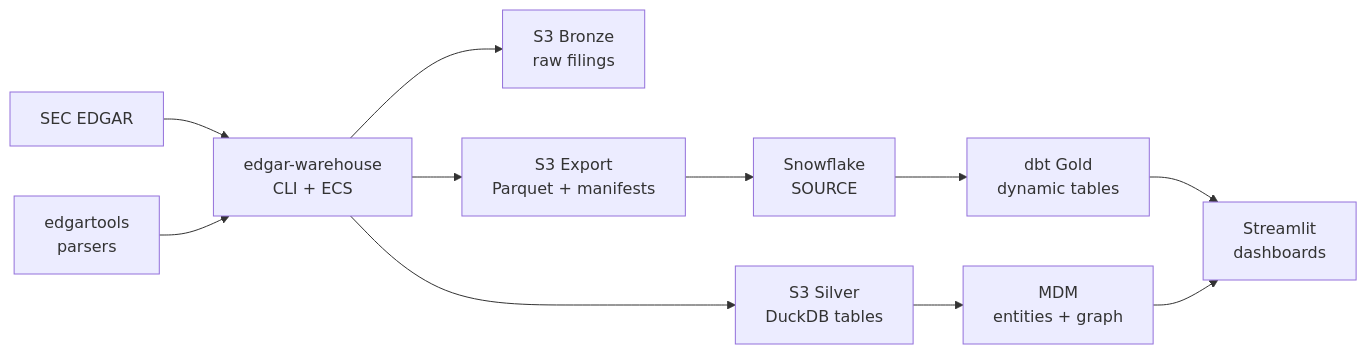
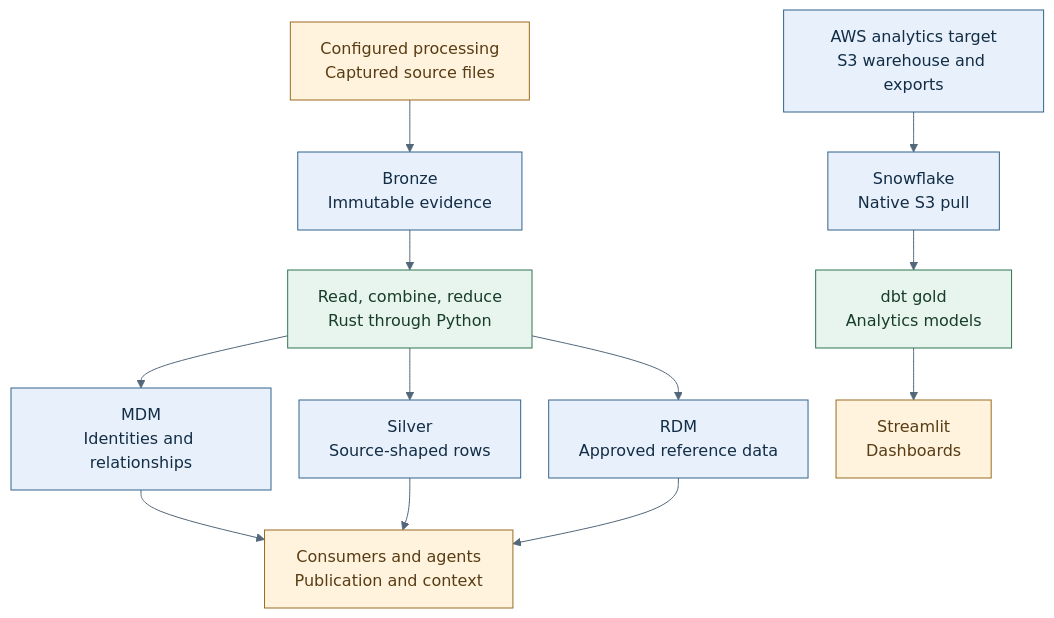
The diagram in docs/diagrams/platform-architecture.mmd (paulananth/edgartools-platform), drawn with Mermaid before and after one commit. The commit also changed 14 other files, not shown here.

Commit message:
v0.1.0 docs: explain platform architecture, skills, mastering and catalog (#991)

```diff
--- a/docs/diagrams/platform-architecture.mmd
+++ b/docs/diagrams/platform-architecture.mmd
@@ -1,11 +1,19 @@
-flowchart LR
-  SEC["SEC EDGAR"] --> CLI["edgar-warehouse<br/>CLI + ECS"]
-  ET["edgartools<br/>parsers"] --> CLI
-  CLI --> B["S3 Bronze<br/>raw filings"]
-  CLI --> S["S3 Silver<br/>DuckDB tables"]
-  CLI --> X["S3 Export<br/>Parquet + manifests"]
-  S --> MDM["MDM<br/>entities + graph"]
-  X --> SRC["Snowflake<br/>SOURCE"]
-  SRC --> GOLD["dbt Gold<br/>dynamic tables"]
-  GOLD --> DASH["Streamlit<br/>dashboards"]
-  MDM --> DASH
+%%{init: {'theme': 'base', 'themeVariables': {'fontFamily': 'Arial, sans-serif', 'fontSize': '16px', 'primaryColor': '#e8f1fb', 'primaryTextColor': '#132d46', 'primaryBorderColor': '#32638d', 'lineColor': '#52677a'}, 'flowchart': {'curve': 'basis', 'nodeSpacing': 28, 'rankSpacing': 40}}}%%
+flowchart TD
+    CAP["Configured processing<br/>Captured source files"] --> BRONZE["Bronze<br/>Immutable evidence"]
+    BRONZE --> READ["Read, combine, reduce<br/>Rust through Python"]
+    READ --> MDM["MDM<br/>Identities and relationships"]
+    READ --> SILVER["Silver<br/>Source-shaped rows"]
+    READ --> RDM["RDM<br/>Approved reference data"]
+    MDM --> CONTEXT["Consumers and agents<br/>Publication and context"]
+    SILVER --> CONTEXT
+    RDM --> CONTEXT
+    S3["AWS analytics target<br/>S3 warehouse and exports"] --> SNOW["Snowflake<br/>Native S3 pull"]
+    SNOW --> GOLD["dbt gold<br/>Analytics models"]
+    GOLD --> DASH["Streamlit<br/>Dashboards"]
+  classDef storage fill:#e8f1fb,stroke:#32638d,color:#132d46;
+  classDef compute fill:#e8f5ee,stroke:#317451,color:#183d2a;
+  classDef output fill:#fff3dd,stroke:#9b6b21,color:#583c14;
+  class BRONZE,MDM,SILVER,RDM,S3,SNOW storage;
+  class READ,GOLD compute;
+  class CAP,CONTEXT,DASH output;
```
